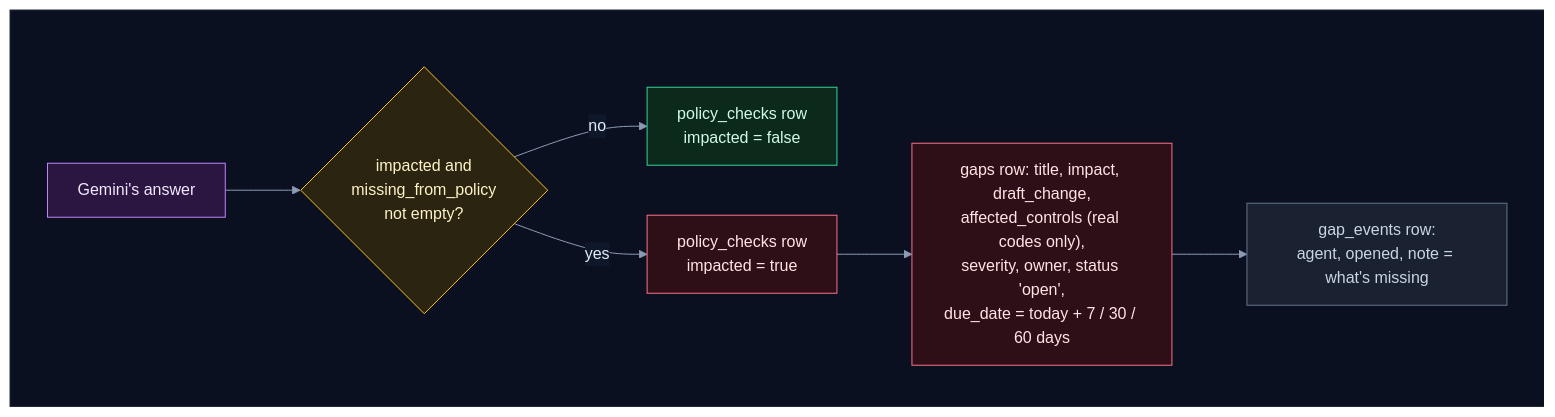
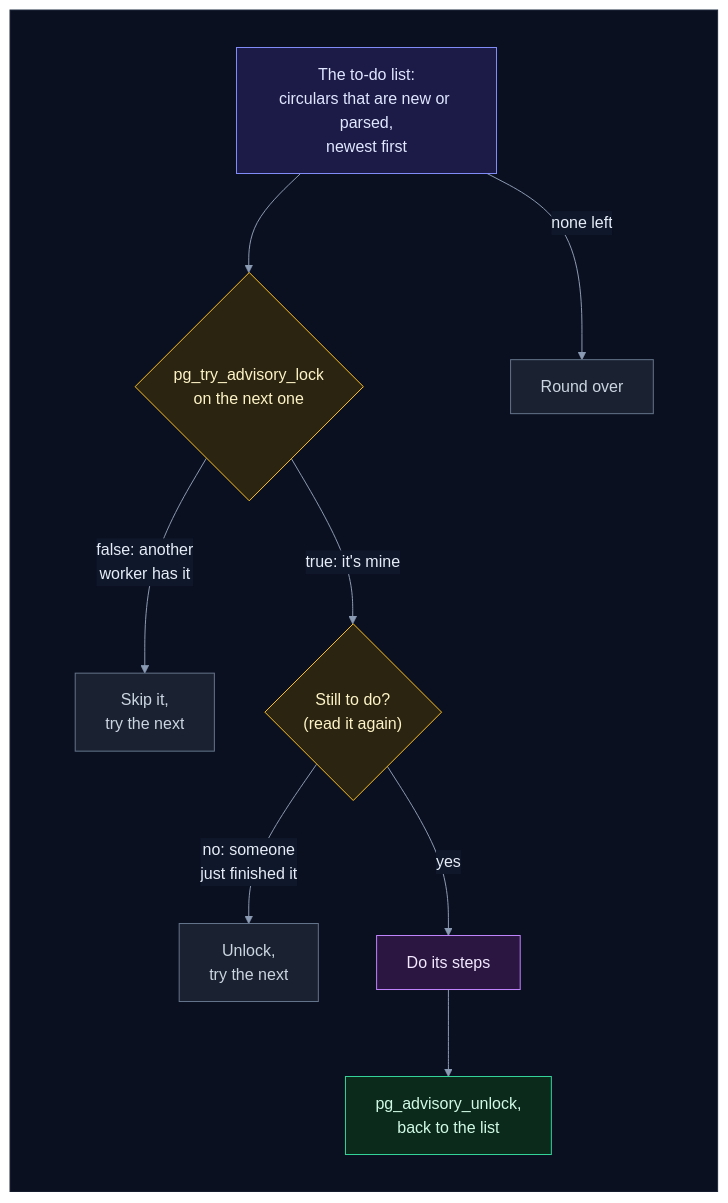
The tenth of 12 diagrams in how_the_worker_works.md (selvakumarperumal/Regulatory_Circular_Impact_Agent), drawn with Mermaid before and after one commit. The commit also changed other lines of this file and 4 other files, not shown here.

````diff
--- a/how_the_worker_works.md
+++ b/how_the_worker_works.md
@@ -733,27 +555,29 @@
 ```mermaid
 %%{init: {"theme": "base", "flowchart": {"diagramPadding": 0}, "themeVariables": {"darkMode": true, "primaryColor": "#16213a", "primaryTextColor": "#e6edf7", "primaryBorderColor": "#475a7a", "lineColor": "#8b9bb4", "secondaryColor": "#1b2436", "tertiaryColor": "#101a2e", "edgeLabelBackground": "#0f172a", "textColor": "#e2e8f0", "clusterBkg": "#0f1728", "clusterBorder": "#2b3a55", "titleColor": "#c4b5fd", "nodeTextColor": "#e6edf7"}}}%%
-flowchart LR
+flowchart TD
     subgraph canvas[" "]
-        direction LR
-        ask["Gemini's answer"] --> imp{"impacted and<br/>missing_from_policy<br/>not empty?"}
-        imp -->|"no"| up["policy_checks row<br/>impacted = false"]
-        imp -->|"yes"| down["policy_checks row<br/>impacted = true"]
-        down --> gap["gaps row: title, impact, draft_change,<br/>affected_controls (real codes only),<br/>severity, owner, status 'open',<br/>due_date = today + 7 / 30 / 60 days"]
-        gap --> ev["gap_events row:<br/>agent, opened, note = what's missing"]
+        direction TB
+        list["The to-do list:<br/>circulars that are new or parsed,<br/>newest first"] --> tryl{"pg_try_advisory_lock<br/>on the next one"}
+        list -->|"none left"| over["Round over"]
+        tryl -->|"false: another<br/>worker has it"| skip["Skip it,<br/>try the next"]
+        tryl -->|"true: it's mine"| again{"Still to do?<br/>(read it again)"}
+        again -->|"no: someone<br/>just finished it"| skip2["Unlock,<br/>try the next"]
+        again -->|"yes"| work["Do its steps"]
+        work --> unl["pg_advisory_unlock,<br/>back to the list"]
     end
     classDef svc fill:#0e2a2c,stroke:#2dd4bf,color:#ccfbf1
     classDef data fill:#1c1a47,stroke:#818cf8,color:#e0e7ff
     classDef ext fill:#2a1640,stroke:#c084fc,color:#f3e8ff
     classDef gpu fill:#2d1b0c,stroke:#fb923c,color:#ffedd5
     classDef ask fill:#2a2410,stroke:#fbbf24,color:#fef3c7
     classDef ok fill:#0b2a1c,stroke:#34d399,color:#d1fae5
     classDef bad fill:#2e0f17,stroke:#fb7185,color:#ffe4e6
     classDef start fill:#1c2a0e,stroke:#a7ef6f,color:#ecfccb
     classDef muted fill:#1a2130,stroke:#64748b,color:#cbd5e1
-    class ask ext
-    class imp ask
-    class up ok
-    class down,gap bad
-    class ev muted
+    class list data
+    class tryl,again ask
+    class over,skip,skip2 muted
+    class work ext
+    class unl ok
     style canvas fill:#0b1020,stroke:#1e293b,color:#0b1020
 ```
````
